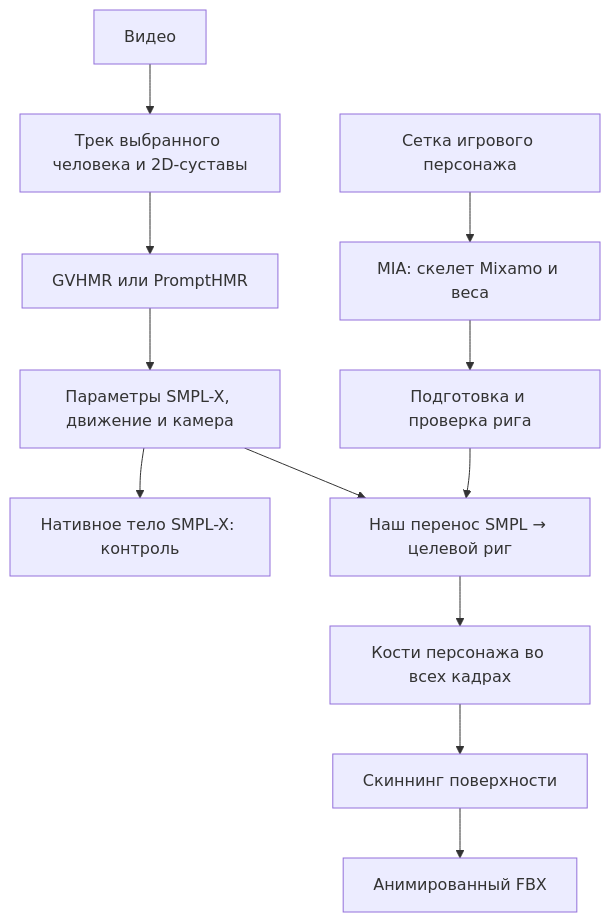
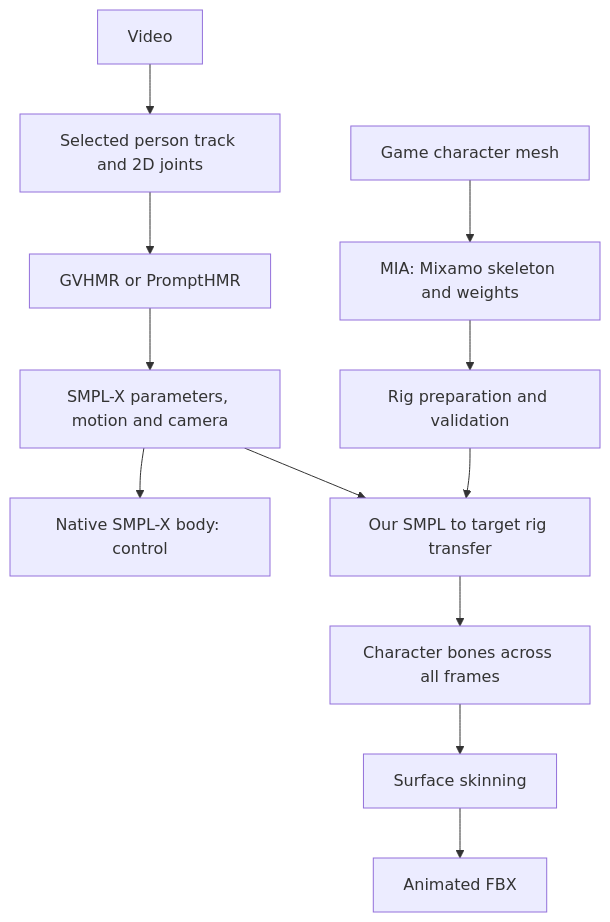
The diagram in assets_studio/docs/animation-pipeline.md (kvladsrc/gym), drawn with Mermaid before and after one commit. The commit also changed other lines of this file and 60 other files, not shown here.

````diff
--- a/assets_studio/docs/animation-pipeline.md
+++ b/assets_studio/docs/animation-pipeline.md
@@ -74,14 +63,14 @@
 ```mermaid
 flowchart TD
-    A[Видео] --> B[Трек выбранного человека и 2D-суставы]
-    B --> C[GVHMR или PromptHMR]
-    C --> D[Параметры SMPL-X, движение и камера]
-    D --> E[Нативное тело SMPL-X: контроль]
-    F[Сетка игрового персонажа] --> G[MIA: скелет Mixamo и веса]
-    G --> H[Подготовка и проверка рига]
-    D --> I[Наш перенос SMPL → целевой риг]
+    A[Video] --> B[Selected person track and 2D joints]
+    B --> C[GVHMR or PromptHMR]
+    C --> D[SMPL-X parameters, motion and camera]
+    D --> E[Native SMPL-X body: control]
+    F[Game character mesh] --> G[MIA: Mixamo skeleton and weights]
+    G --> H[Rig preparation and validation]
+    D --> I[Our SMPL to target rig transfer]
     H --> I
-    I --> J[Кости персонажа во всех кадрах]
-    J --> K[Скиннинг поверхности]
-    K --> L[Анимированный FBX]
+    I --> J[Character bones across all frames]
+    J --> K[Surface skinning]
+    K --> L[Animated FBX]
 ```
````
